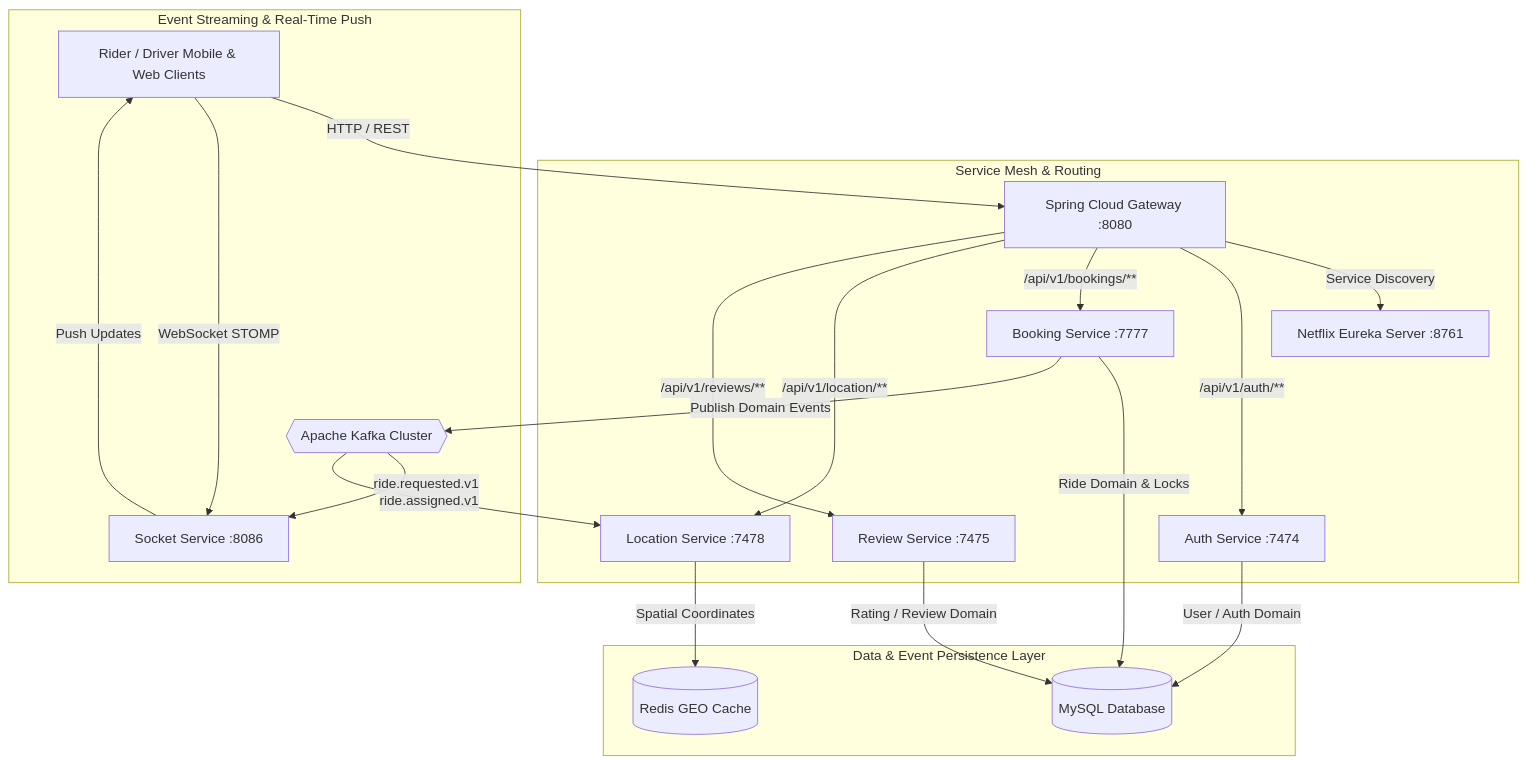
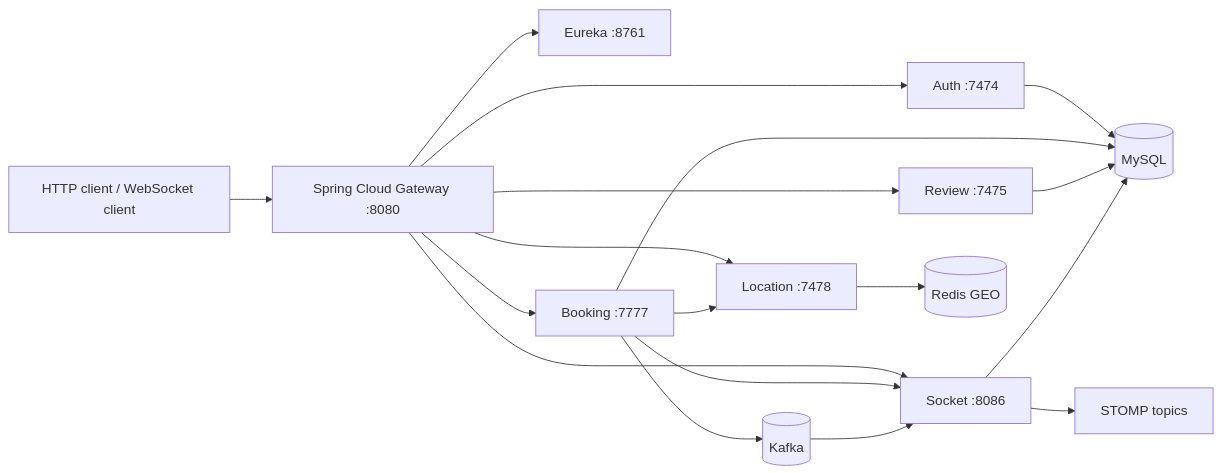
One commit to Nasir499/UberProject changed the diagram in README.md. Above: the diagram before and after it, drawn with Mermaid. The commit also changed other lines of this file, not shown here.

````diff
--- a/README.md
+++ b/README.md
@@ -11,27 +9,20 @@
 ```mermaid
-graph TD
-    Client[Rider / Driver Mobile & Web Clients] -->|HTTP / REST| Gateway[Spring Cloud Gateway :8080]
-    Client -->|WebSocket STOMP| SocketService[Socket Service :8086]
-
-    subgraph Service Mesh & Routing
-        Gateway -->|Service Discovery| Eureka[Netflix Eureka Server :8761]
-        Gateway -->|/api/v1/auth/**| AuthService[Auth Service :7474]
-        Gateway -->|/api/v1/bookings/**| BookingService[Booking Service :7777]
-        Gateway -->|/api/v1/location/**| LocationService[Location Service :7478]
-        Gateway -->|/api/v1/reviews/**| ReviewService[Review Service :7475]
-    end
-
-    subgraph Data & Event Persistence Layer
-        AuthService -->|User / Auth Domain| MySQL[(MySQL Database)]
-        BookingService -->|Ride Domain & Locks| MySQL
-        ReviewService -->|Rating / Review Domain| MySQL
-        LocationService -->|Spatial Coordinates| Redis[(Redis GEO Cache)]
-    end
-
-    subgraph Event Streaming & Real-Time Push
-        BookingService -->|Publish Domain Events| Kafka{{Apache Kafka Cluster}}
-        Kafka -->|ride.requested.v1| SocketService
-        Kafka -->|ride.assigned.v1| LocationService
-        SocketService -->|Push Updates| Client
-    end
+flowchart LR
+    Client[HTTP client / WebSocket client] --> Gateway[Spring Cloud Gateway :8080]
+    Gateway --> Eureka[Eureka :8761]
+    Gateway --> Auth[Auth :7474]
+    Gateway --> Booking[Booking :7777]
+    Gateway --> Location[Location :7478]
+    Gateway --> Review[Review :7475]
+    Gateway --> Socket[Socket :8086]
+    Auth --> MySQL[(MySQL)]
+    Booking --> MySQL
+    Review --> MySQL
+    Socket --> MySQL
+    Location --> Redis[(Redis GEO)]
+    Booking --> Location
+    Booking --> Socket
+    Booking --> Kafka[(Kafka)]
+    Kafka --> Socket
+    Socket --> WS[STOMP topics]
 ```
````
